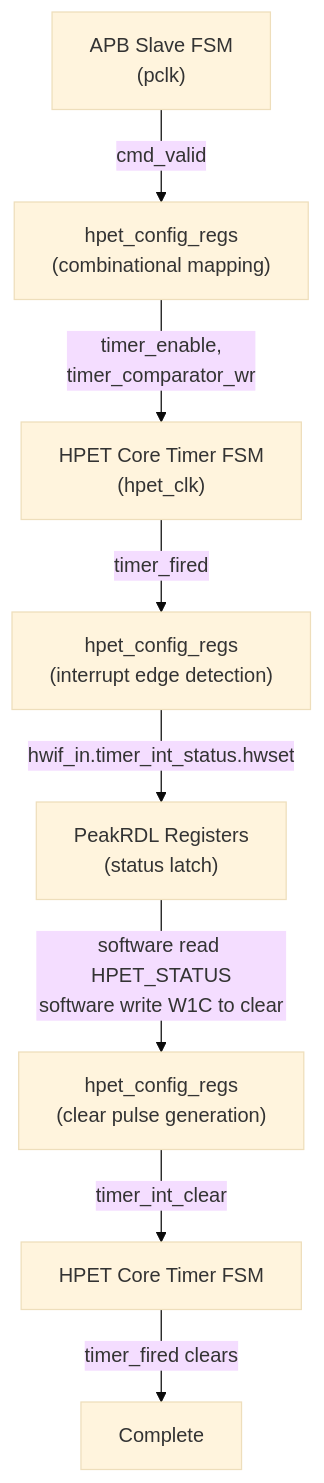
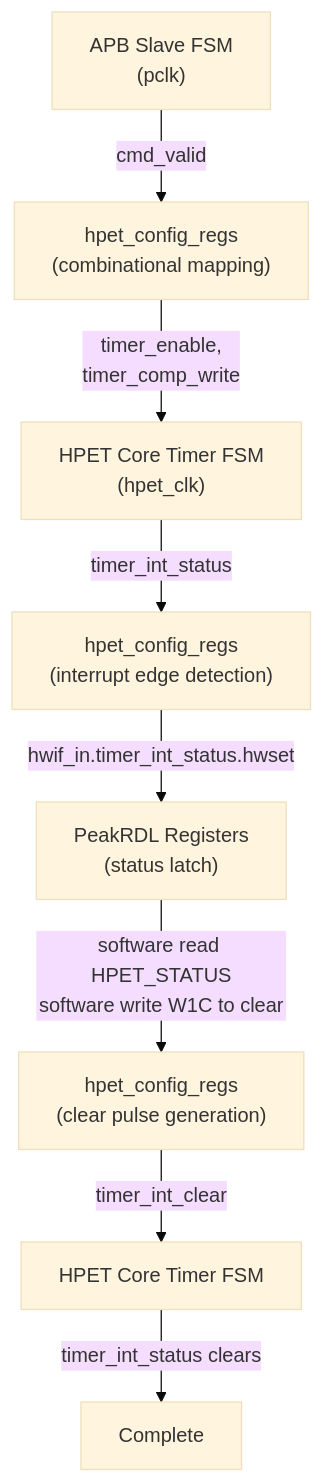
The diagram in projects/components/retro_legacy_blocks/docs/hpet_mas/ch02_blocks/05_fsm_summary.md (sean-galloway/RTLDesignSherpa), drawn with Mermaid (base theme) before and after one commit. The commit also changed other lines of this file and 28 other files, not shown here.

````diff
--- a/projects/components/retro_legacy_blocks/docs/hpet_mas/ch02_blocks/05_fsm_summary.md
+++ b/projects/components/retro_legacy_blocks/docs/hpet_mas/ch02_blocks/05_fsm_summary.md
@@ -288,10 +293,10 @@
 ```mermaid
 flowchart TD
     A["APB Slave FSM<br/>(pclk)"] -->|"cmd_valid"| B["hpet_config_regs<br/>(combinational mapping)"]
-    B -->|"timer_enable,<br/>timer_comparator_wr"| C["HPET Core Timer FSM<br/>(hpet_clk)"]
-    C -->|"timer_fired"| D["hpet_config_regs<br/>(interrupt edge detection)"]
+    B -->|"timer_enable,<br/>timer_comp_write"| C["HPET Core Timer FSM<br/>(hpet_clk)"]
+    C -->|"timer_int_status"| D["hpet_config_regs<br/>(interrupt edge detection)"]
     D -->|"hwif_in.timer_int_status.hwset"| E["PeakRDL Registers<br/>(status latch)"]
     E -->|"software read HPET_STATUS<br/>software write W1C to clear"| F["hpet_config_regs<br/>(clear pulse generation)"]
     F -->|"timer_int_clear"| G["HPET Core Timer FSM"]
-    G -->|"timer_fired clears"| H["Complete"]
+    G -->|"timer_int_status clears"| H["Complete"]
 ```
````
